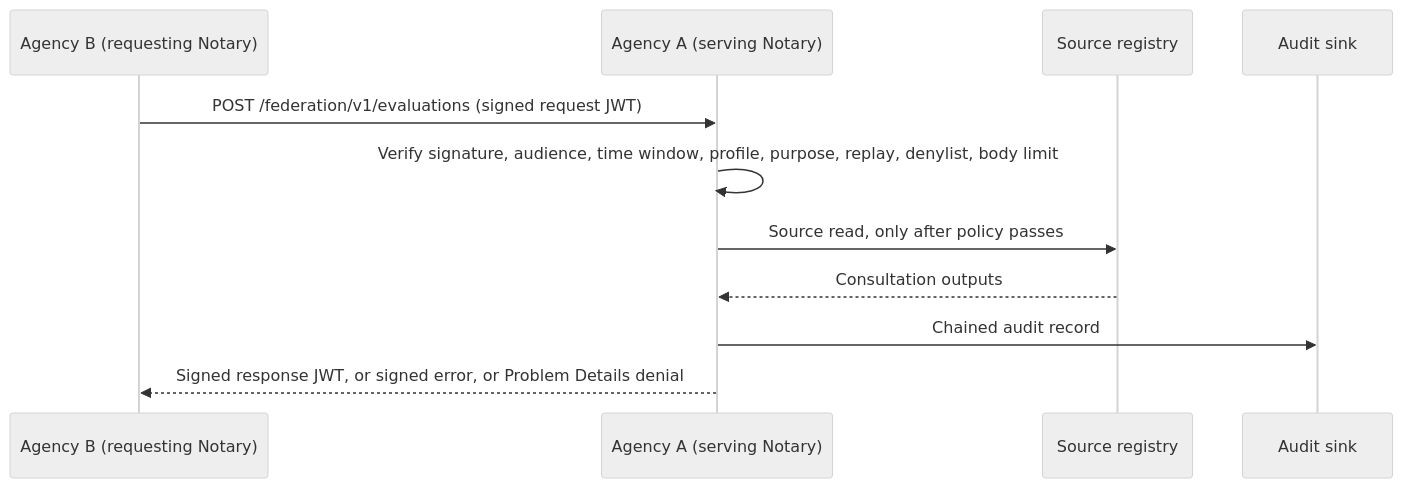
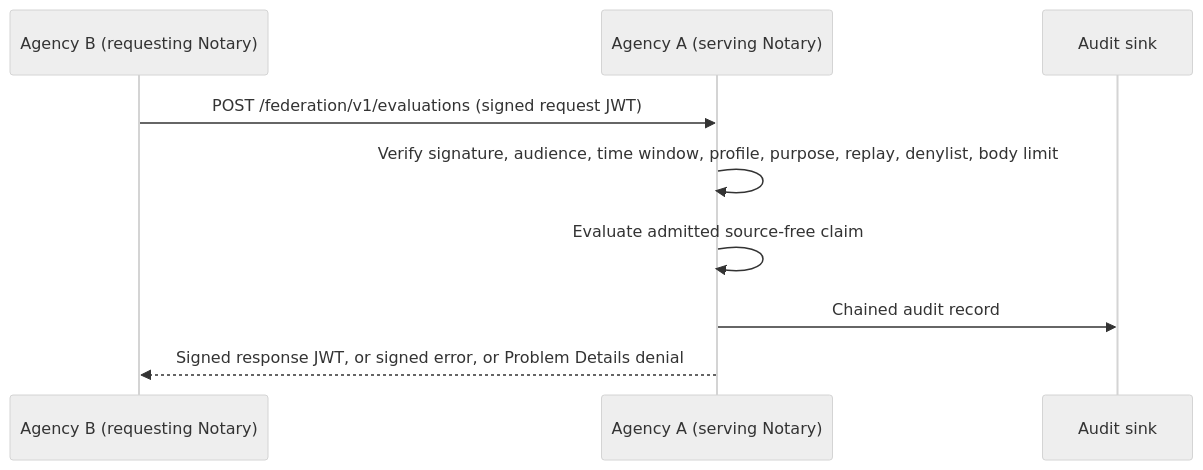
Before and after one commit to registrystack/registry-stack: the diagram in products/notary/docs/federated-evaluation-operator-guide.md, drawn with Mermaid (neutral theme). The commit also changed other lines of this file and 34 other files, not shown here.

Commit message:
docs(notary): align consultation-only product contract

````diff
--- a/products/notary/docs/federated-evaluation-operator-guide.md
+++ b/products/notary/docs/federated-evaluation-operator-guide.md
@@ -24,14 +24,12 @@
 ```mermaid
 sequenceDiagram
   participant B as Agency B (requesting Notary)
   participant A as Agency A (serving Notary)
-  participant Src as Source registry
   participant Audit as Audit sink
 
   B->>A: POST /federation/v1/evaluations (signed request JWT)
   A->>A: Verify signature, audience, time window, profile, purpose, replay, denylist, body limit
-  A->>Src: Source read, only after policy passes
-  Src-->>A: Consultation outputs
+  A->>A: Evaluate admitted source-free claim
   A->>Audit: Chained audit record
   A-->>B: Signed response JWT, or signed error, or Problem Details denial
 ```
````
